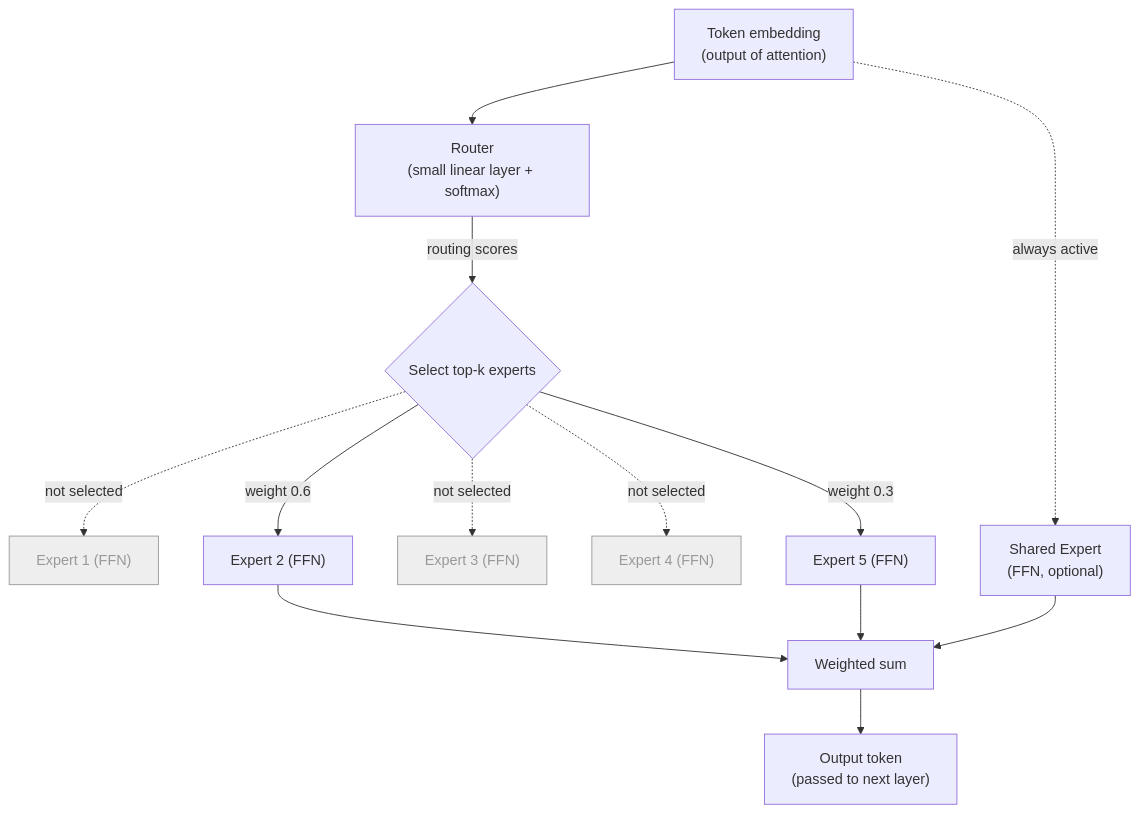
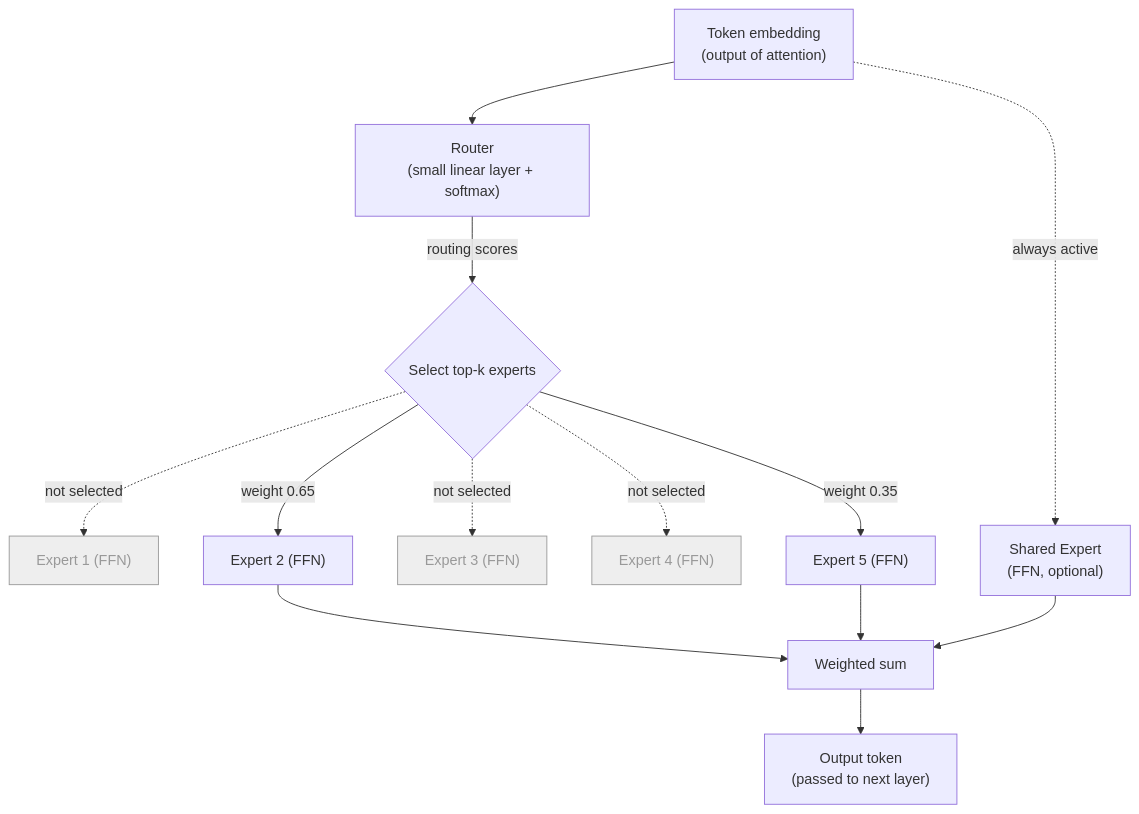
One commit to ChaitanyaPandit1998/research-paper-articles changed the diagram in mixture-of-experts/moe-medium-article.md. Above: the diagram before and after it, drawn with Mermaid. The commit also changed other lines of this file, not shown here.

````diff
--- a/mixture-of-experts/moe-medium-article.md
+++ b/mixture-of-experts/moe-medium-article.md
@@ -77,23 +92,23 @@
 ```mermaid
 flowchart TD
     A["Token embedding<br/>(output of attention)"] --> R["Router<br/>(small linear layer + softmax)"]
     R -->|routing scores| S{Select top-k experts}
 
     S -.not selected.-> E1["Expert 1 (FFN)"]
-    S -->|weight 0.6| E2["Expert 2 (FFN)"]
+    S -->|weight 0.65| E2["Expert 2 (FFN)"]
     S -.not selected.-> E3["Expert 3 (FFN)"]
     S -.not selected.-> E4["Expert 4 (FFN)"]
-    S -->|weight 0.3| E5["Expert 5 (FFN)"]
+    S -->|weight 0.35| E5["Expert 5 (FFN)"]
 
     A -.always active.-> SE["Shared Expert<br/>(FFN, optional)"]
 
     E2 --> C["Weighted sum"]
     E5 --> C
     SE --> C
 
     C --> O["Output token<br/>(passed to next layer)"]
 
     style E1 fill:#eee,stroke:#999,color:#999
     style E3 fill:#eee,stroke:#999,color:#999
     style E4 fill:#eee,stroke:#999,color:#999
 ```
````
